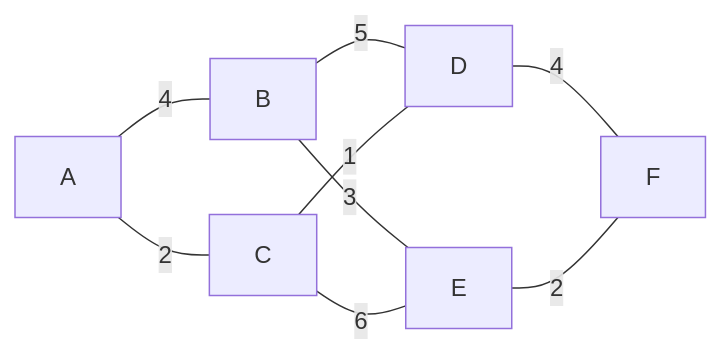
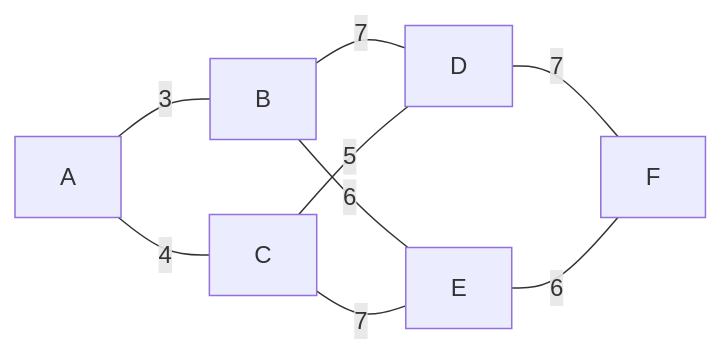
One commit to rogelio171/AlgorithmAtlas changed the diagram in docs/algorithms.md. Above: the diagram before and after it, drawn with Mermaid. The commit also changed other lines of this file and 5 other files, not shown here.

````diff
--- a/docs/algorithms.md
+++ b/docs/algorithms.md
@@ -81,11 +81,11 @@
 ```mermaid
 graph LR
-  A --- |4| B
-  A --- |2| C
-  B --- |5| D
-  B --- |3| E
-  C --- |1| D
-  C --- |6| E
-  D --- |4| F
-  E --- |2| F
+  A --- |3| B
+  A --- |4| C
+  B --- |7| D
+  B --- |6| E
+  C --- |5| D
+  C --- |7| E
+  D --- |7| F
+  E --- |6| F
 ```
````
